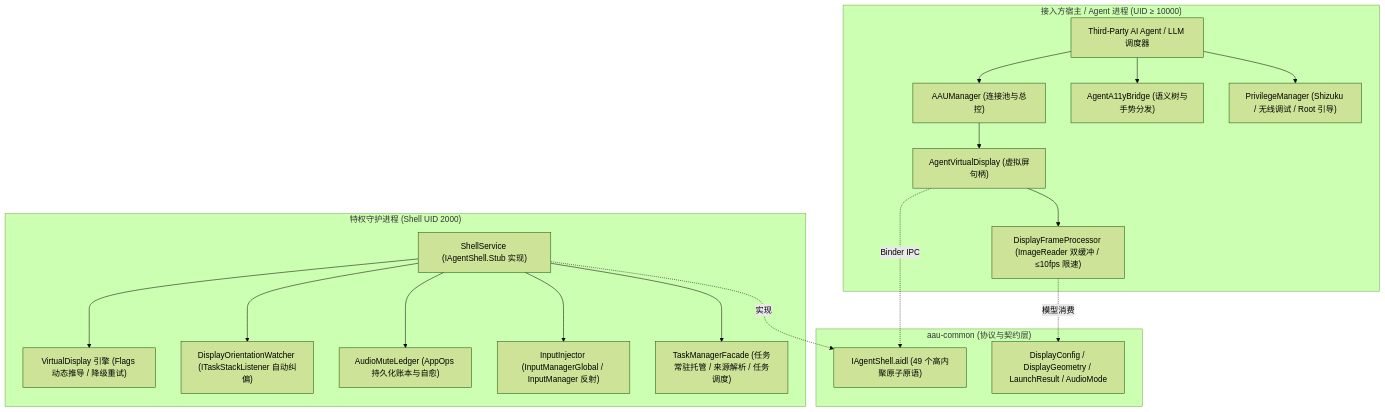
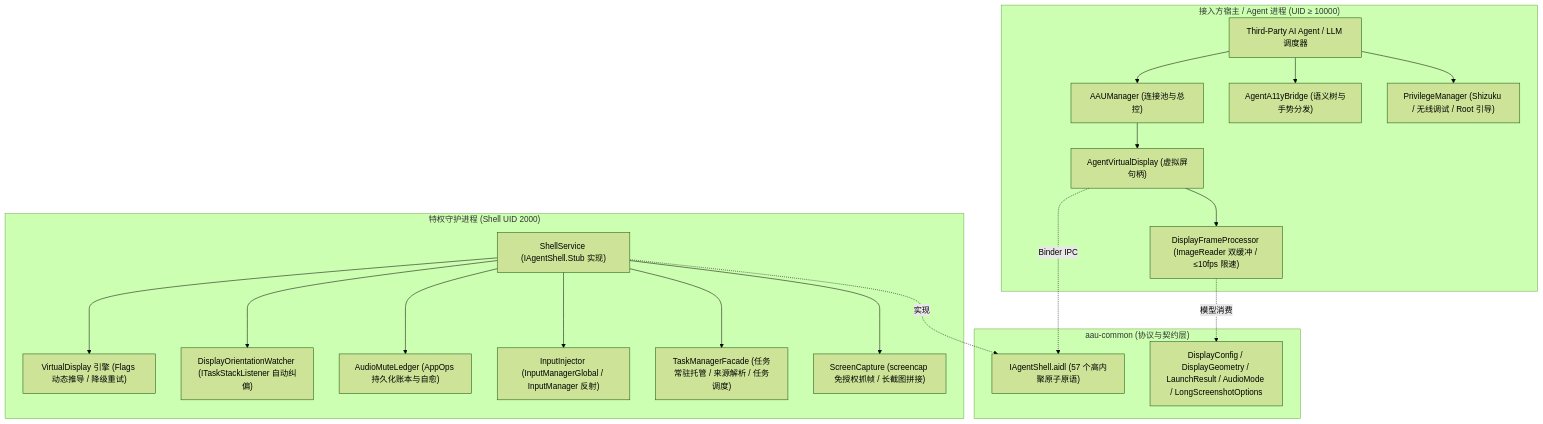
One commit to orz-i/Android-Agent-Use changed the diagram in README.md. Above: the diagram before and after it, drawn with Mermaid (forest theme). The commit also changed other lines of this file and 4 other files, not shown here.

First line of the commit message:
docs(aau): document the capture channels, long screenshots and secure layers

````diff
--- a/README.md
+++ b/README.md
@@ -62,41 +62,43 @@
 ```mermaid
 flowchart TD
     subgraph ClientProcess["接入方宿主 / Agent 进程 (UID ≥ 10000)"]
         Consumer["Third-Party AI Agent / LLM 调度器"]
         Manager["AAUManager (连接池与总控)"]
         Display["AgentVirtualDisplay (虚拟屏句柄)"]
         Pipeline["DisplayFrameProcessor (ImageReader 双缓冲 / ≤10fps 限速)"]
         A11y["AgentA11yBridge (语义树与手势分发)"]
         Setup["PrivilegeManager (Shizuku / 无线调试 / Root 引导)"]
         
         Consumer --> Manager
         Consumer --> A11y
         Consumer --> Setup
         Manager --> Display
         Display --> Pipeline
     end
 
     subgraph CommonLayer["aau-common (协议与契约层)"]
-        AIDL["IAgentShell.aidl (49 个高内聚原子原语)"]
-        Models["DisplayConfig / DisplayGeometry / LaunchResult / AudioMode"]
+        AIDL["IAgentShell.aidl (57 个高内聚原子原语)"]
+        Models["DisplayConfig / DisplayGeometry / LaunchResult / AudioMode / LongScreenshotOptions"]
     end
 
     subgraph DaemonProcess["特权守护进程 (Shell UID 2000)"]
         Server["ShellService (IAgentShell.Stub 实现)"]
         VD["VirtualDisplay 引擎 (Flags 动态推导 / 降级重试)"]
         Rotation["DisplayOrientationWatcher (ITaskStackListener 自动纠偏)"]
         Audio["AudioMuteLedger (AppOps 持久化账本与自愈)"]
         Input["InputInjector (InputManagerGlobal / InputManager 反射)"]
         TaskManager["TaskManagerFacade (任务常驻托管 / 来源解析 / 任务调度)"]
+        Capture["ScreenCapture (screencap 免授权抓帧 / 长截图拼接)"]
 
         Server --> VD
         Server --> Rotation
         Server --> Audio
         Server --> Input
         Server --> TaskManager
+        Server --> Capture
     end
 
     Display -.->|Binder IPC| AIDL
     Server -.->|实现| AIDL
     Pipeline -.->|模型消费| Models
 ```
````
